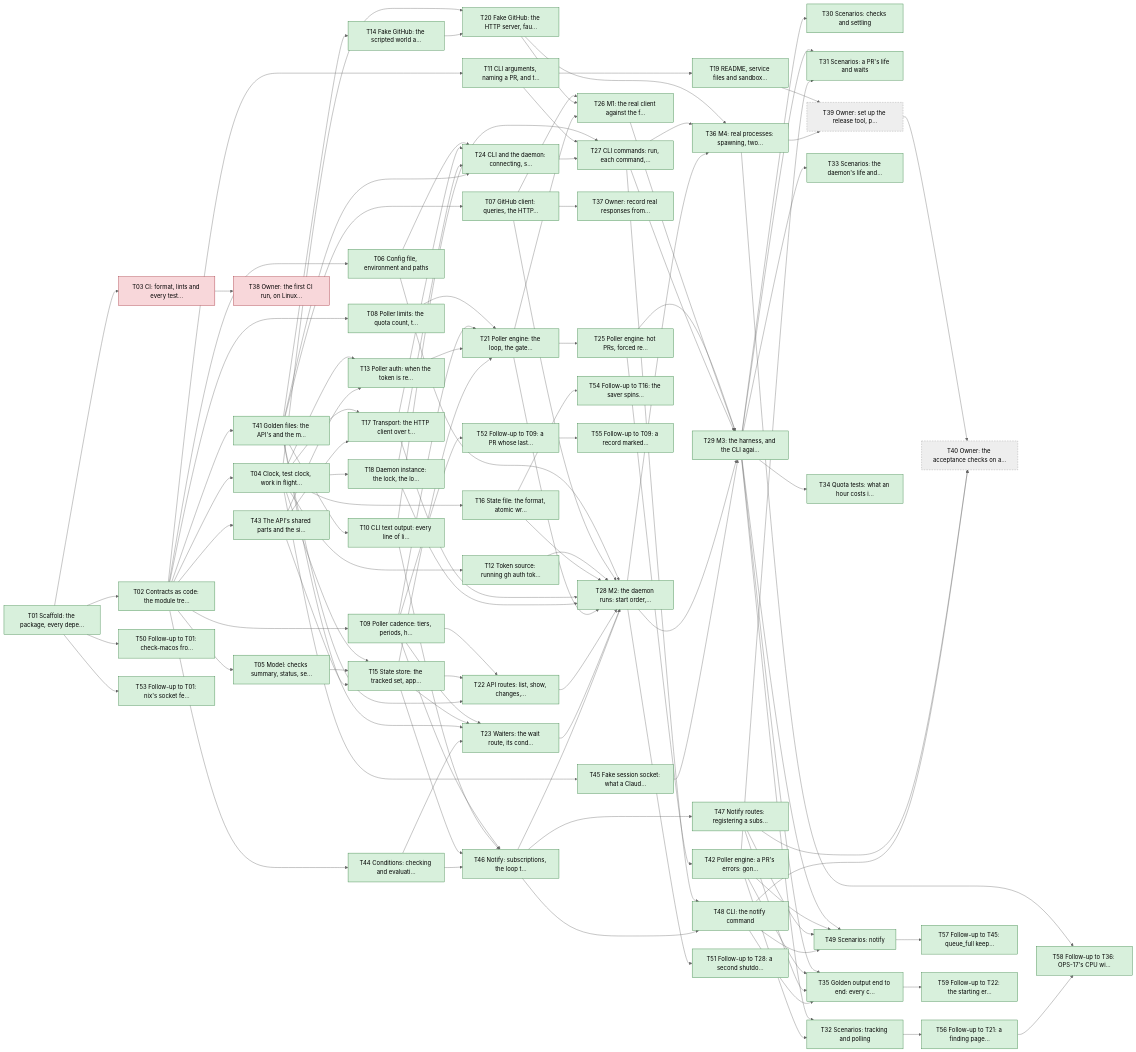
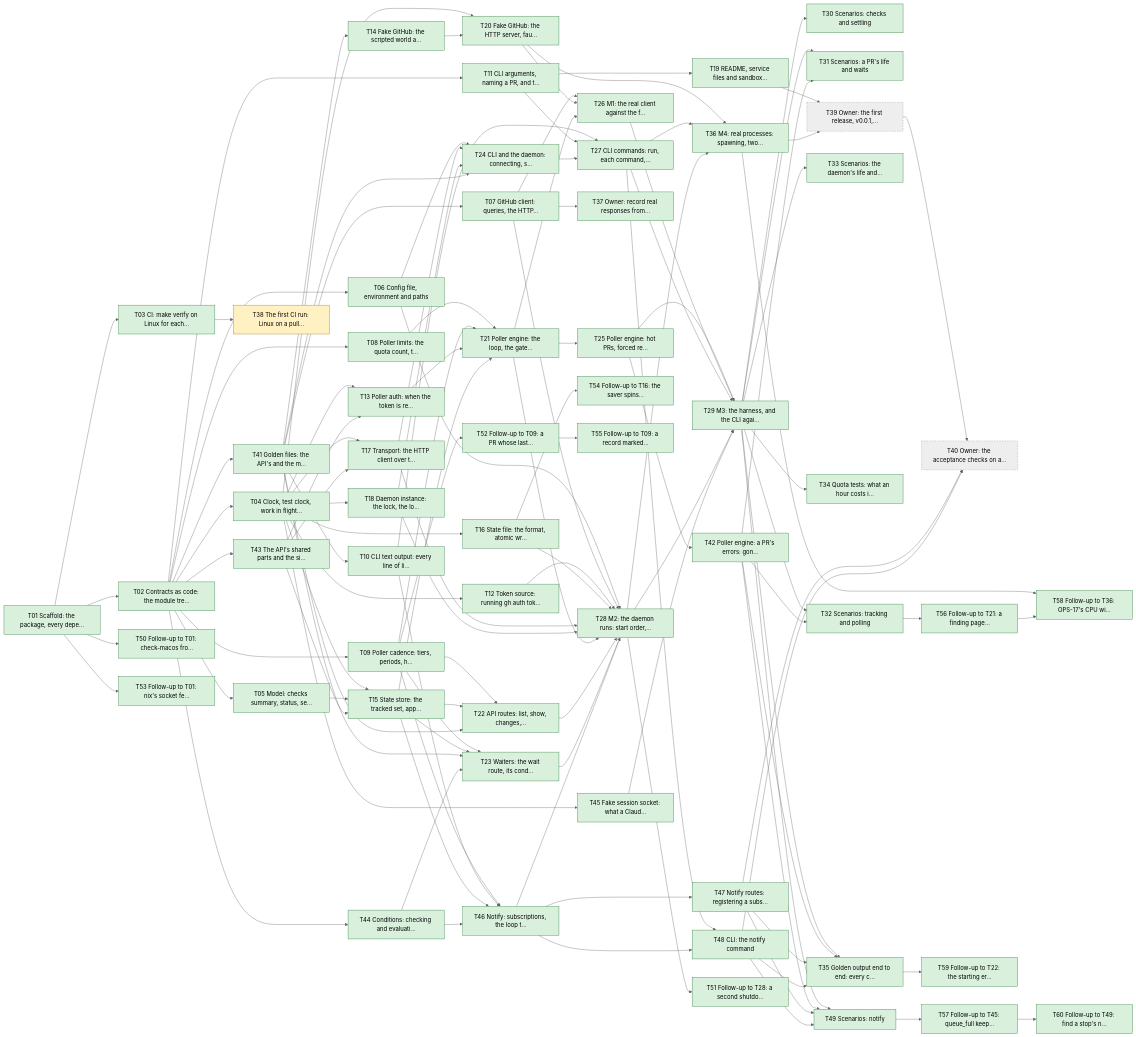
One commit to yachiko/circitor changed the diagram in plan/README.md. Above: the diagram before and after it, drawn with Mermaid (neutral theme). The commit also changed other lines of this file and 23 other files, not shown here.

First line of the commit message:
CI on pull requests, and a release pipeline to the tap (T03, T38) (#1)

```diff
--- a/plan/README.md
+++ b/plan/README.md
@@ -148,7 +149,7 @@
 flowchart LR
   T01["T01 Scaffold: the package, every depe…"]:::done
   T02["T02 Contracts as code: the module tre…"]:::done
-  T03["T03 CI: format, lints and every test…"]:::blocked
+  T03["T03 CI: make verify on Linux for each…"]:::done
   T04["T04 Clock, test clock, work in flight…"]:::done
   T05["T05 Model: checks summary, status, se…"]:::done
   T06["T06 Config file, environment and paths"]:::done
@@ -183,8 +184,8 @@
   T35["T35 Golden output end to end: every c…"]:::done
   T36["T36 M4: real processes: spawning, two…"]:::done
   T37["T37 Owner: record real responses from…"]:::done
-  T38["T38 Owner: the first CI run, on Linux…"]:::blocked
-  T39["T39 Owner: set up the release tool, p…"]:::manual
+  T38["T38 The first CI run: Linux on a pull…"]:::active
+  T39["T39 Owner: the first release, v0.0.1,…"]:::manual
   T40["T40 Owner: the acceptance checks on a…"]:::manual
   T41["T41 Golden files: the API's and the m…"]:::done
   T42["T42 Poller engine: a PR's errors: gon…"]:::done
@@ -205,6 +206,7 @@
   T57["T57 Follow-up to T45: queue_full keep…"]:::done
   T58["T58 Follow-up to T36: OPS-17's CPU wi…"]:::done
   T59["T59 Follow-up to T22: the starting er…"]:::done
+  T60["T60 Follow-up to T49: find a stop's n…"]:::done
   T01 --> T02
   T01 --> T03
   T02 --> T04
@@ -314,6 +316,7 @@
   T36 --> T58
   T56 --> T58
   T35 --> T59
+  T57 --> T60
   classDef done fill:#d8f0dc,stroke:#2f7d3b
   classDef active fill:#fff1c2,stroke:#a07800
   classDef blocked fill:#f8d7da,stroke:#a12a35
```
